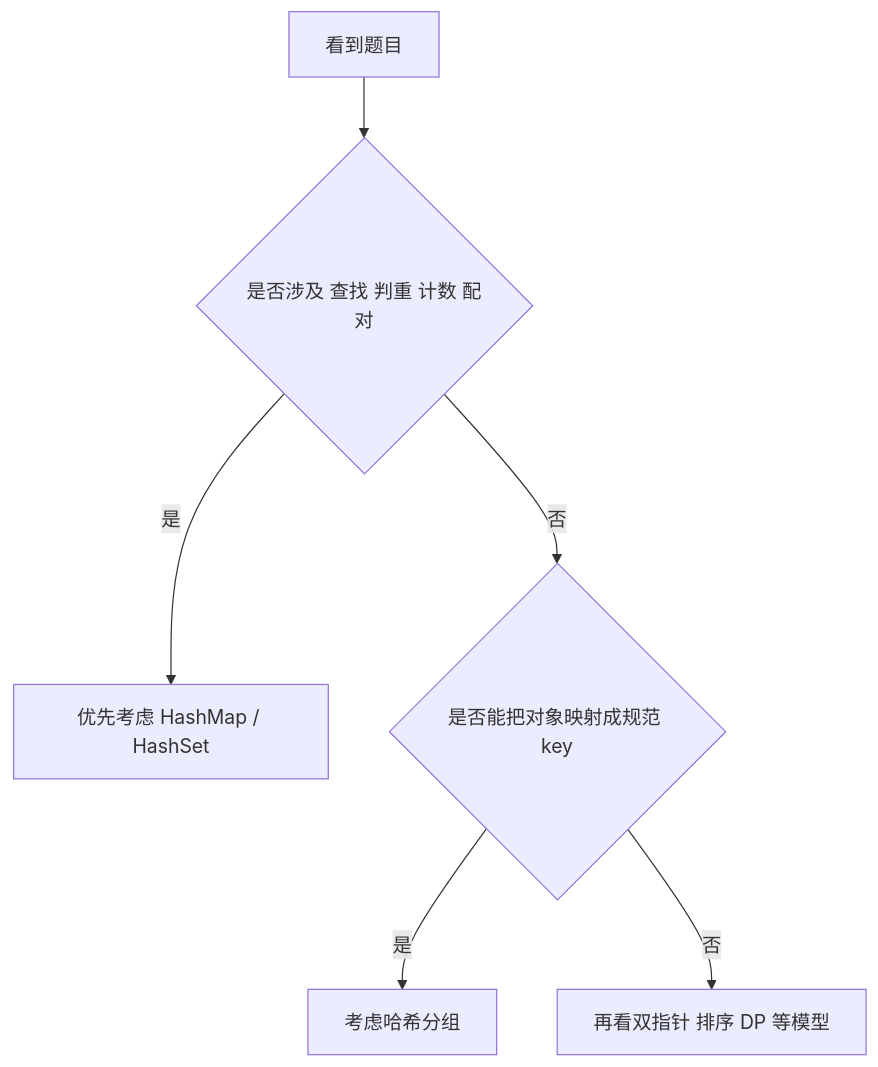
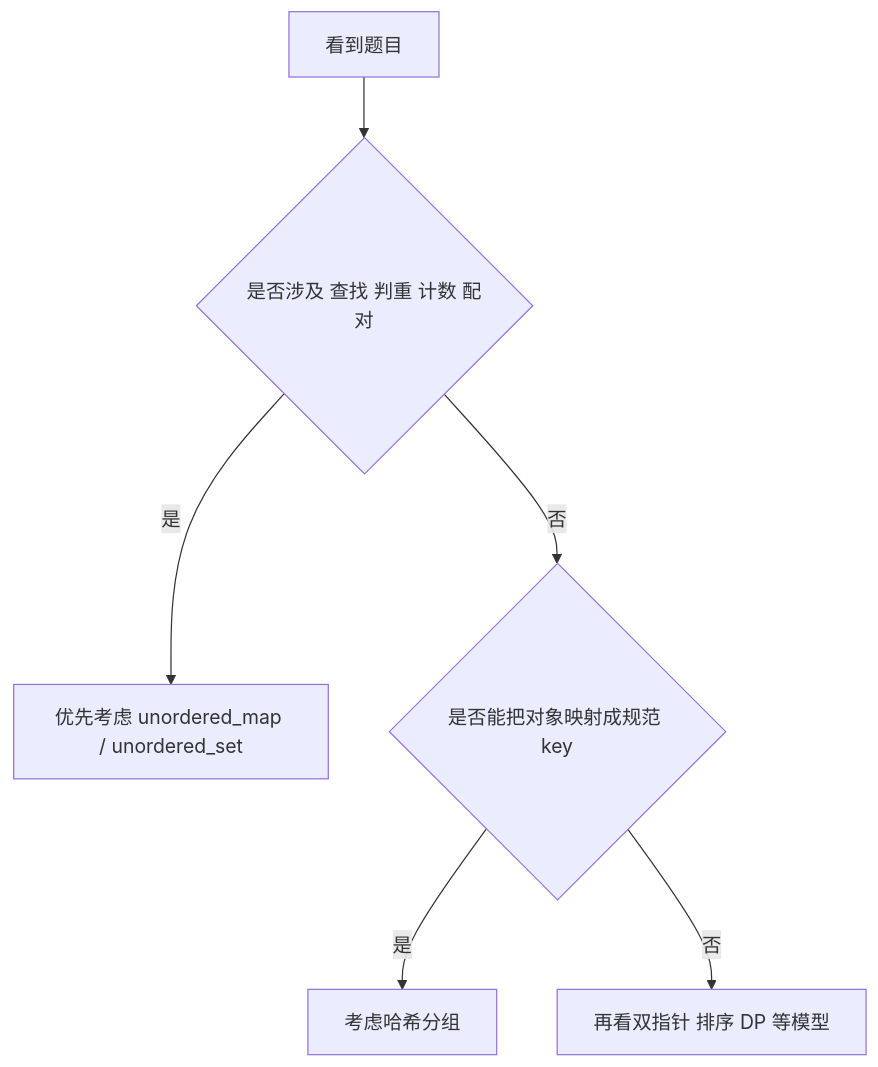
Before and after one commit to xirain/techlearn: the eighth of 10 diagrams in _posts/2026-03-08-hash-table-topic-mermaid.md, drawn with Mermaid. The commit also changed other lines of this file and 13 other files, not shown here.

Commit message:
docs: switch 2026-03-08 mermaid series examples to cpp

````diff
--- a/_posts/2026-03-08-hash-table-topic-mermaid.md
+++ b/_posts/2026-03-08-hash-table-topic-mermaid.md
@@ -245,8 +243,8 @@
 ```mermaid
 flowchart TD
     A[看到题目] --> B{是否涉及 查找 判重 计数 配对}
-    B -->|是| C[优先考虑 HashMap / HashSet]
+    B -->|是| C[优先考虑 unordered_map / unordered_set]
     B -->|否| D{是否能把对象映射成规范 key}
     D -->|是| E[考虑哈希分组]
     D -->|否| F[再看双指针 排序 DP 等模型]
 ```
````
